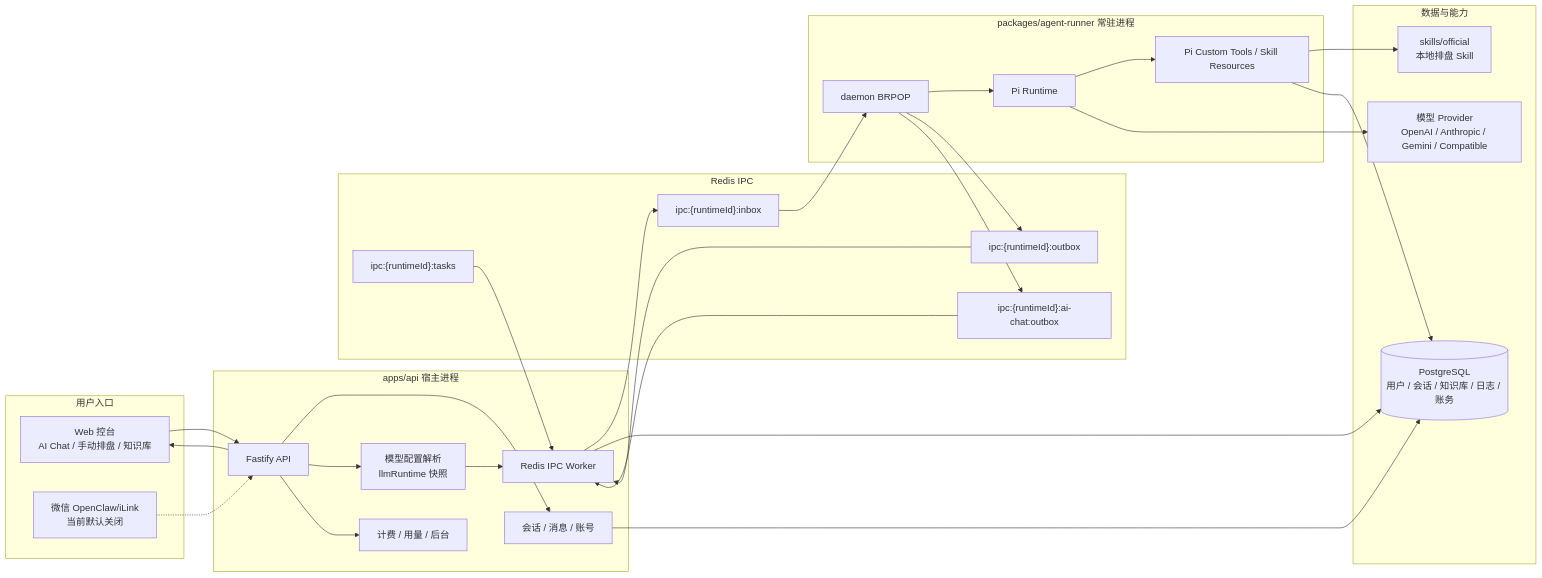
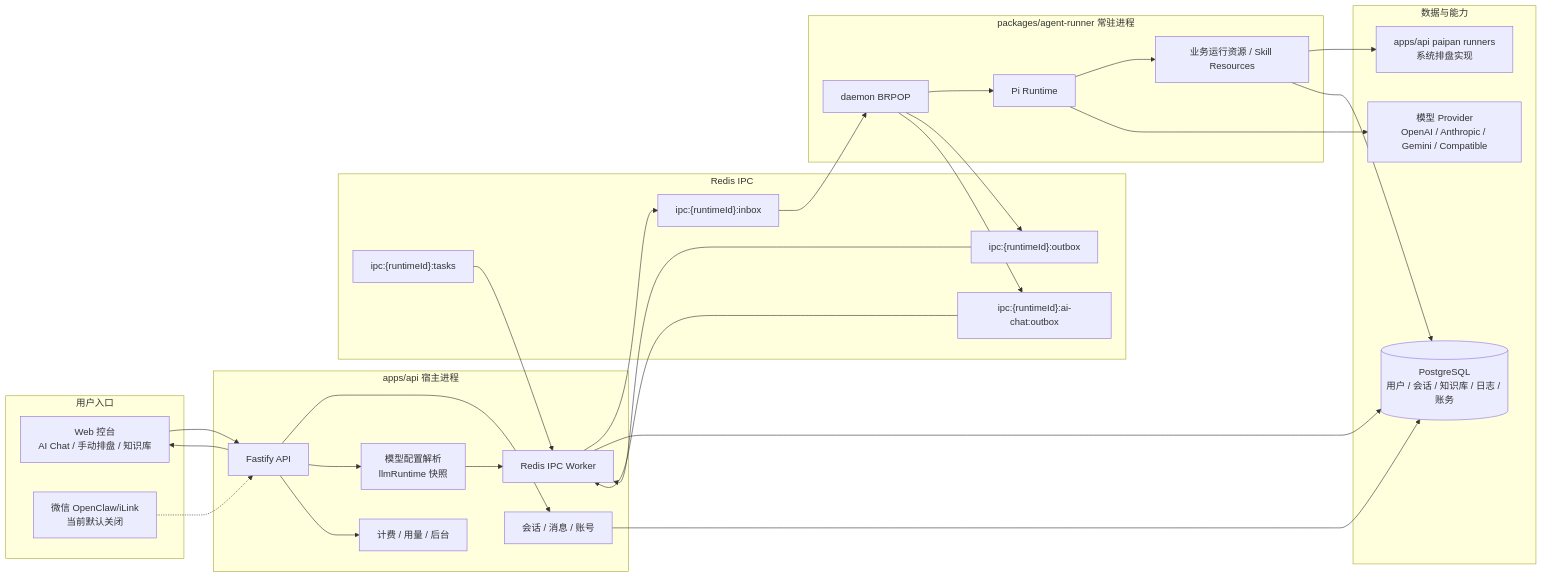
The first of 3 diagrams in README.md (Coaixy/FateClaw), drawn with Mermaid before and after one commit. The commit also changed other lines of this file and 54 other files, not shown here.

First line of the commit message:
Migrate system paipan into API

````diff
--- a/README.md
+++ b/README.md
@@ -21,56 +21,56 @@
 ```mermaid
 flowchart LR
   subgraph Client["用户入口"]
     Web["Web 控台<br/>AI Chat / 手动排盘 / 知识库"]
     WeChat["微信 OpenClaw/iLink<br/>当前默认关闭"]
   end
 
   subgraph Host["apps/api 宿主进程"]
     Fastify["Fastify API"]
     Session["会话 / 消息 / 账号"]
     Runtime["模型配置解析<br/>llmRuntime 快照"]
     Billing["计费 / 用量 / 后台"]
     IpcWorker["Redis IPC Worker"]
   end
 
   subgraph Redis["Redis IPC"]
     Inbox["ipc:{runtimeId}:inbox"]
     Outbox["ipc:{runtimeId}:outbox"]
     AiOutbox["ipc:{runtimeId}:ai-chat:outbox"]
     TaskQueue["ipc:{runtimeId}:tasks"]
   end
 
   subgraph Agent["packages/agent-runner 常驻进程"]
     Daemon["daemon BRPOP"]
     Kernel["Pi Runtime"]
-    Tools["Pi Custom Tools / Skill Resources"]
+    Tools["业务运行资源 / Skill Resources"]
   end
 
   subgraph Data["数据与能力"]
     PG[("PostgreSQL<br/>用户 / 会话 / 知识库 / 日志 / 账务")]
-    OfficialSkills["skills/official<br/>本地排盘 Skill"]
+    PaipanRuntime["apps/api paipan runners<br/>系统排盘实现"]
     LLM["模型 Provider<br/>OpenAI / Anthropic / Gemini / Compatible"]
   end
 
   Web --> Fastify
   WeChat -.-> Fastify
   Fastify --> Session
   Fastify --> Runtime
   Fastify --> Billing
   Session --> PG
   Runtime --> IpcWorker
   IpcWorker --> Inbox
   Inbox --> Daemon
   Daemon --> Kernel
   Kernel --> Tools
-  Tools --> OfficialSkills
+  Tools --> PaipanRuntime
   Tools --> PG
   Kernel --> LLM
   Daemon --> Outbox
   Daemon --> AiOutbox
   Outbox --> IpcWorker
   AiOutbox --> IpcWorker
   TaskQueue --> IpcWorker
   IpcWorker --> PG
   Fastify --> Web
 ```
````
